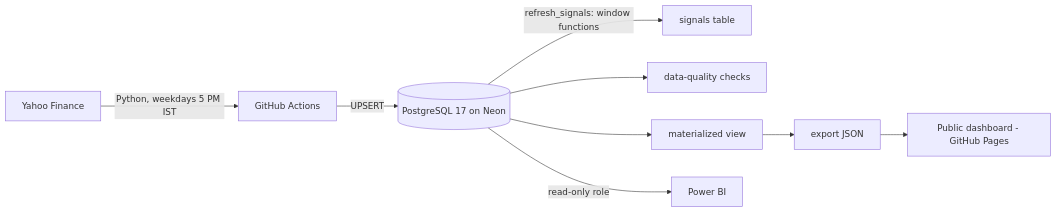
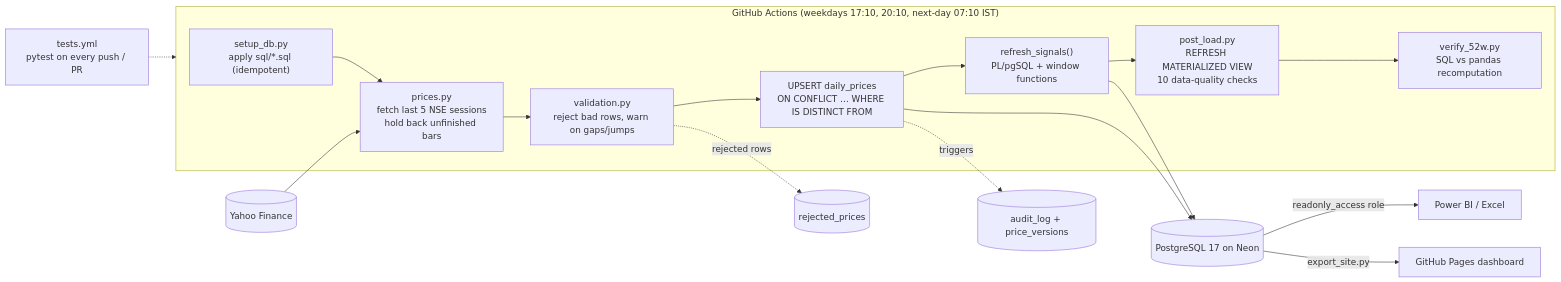
One commit to Bhavex/market-intelligence-pg changed the first of 2 diagrams in README.md. Above: the diagram before and after it, drawn with Mermaid. The commit also changed other lines of this file and 2 other files, not shown here.

First line of the commit message:
Rewrite the README and add a full schema reference

````diff
--- a/README.md
+++ b/README.md
@@ -17,11 +32,19 @@
 ```mermaid
 flowchart LR
-    Y[Yahoo Finance] -->|Python, weekdays 5 PM IST| A[GitHub Actions]
-    A -->|UPSERT| DB[(PostgreSQL 17 on Neon)]
-    DB -->|refresh_signals: window functions| S[signals table]
-    DB --> Q[data-quality checks]
-    DB --> MV[materialized view]
-    MV --> E[export JSON]
-    E --> W[Public dashboard - GitHub Pages]
-    DB -->|read-only role| P[Power BI]
+    subgraph GH["GitHub Actions (weekdays 17:10, 20:10, next-day 07:10 IST)"]
+        S0["setup_db.py<br/>apply sql/*.sql (idempotent)"] --> F["prices.py<br/>fetch last 5 NSE sessions<br/>hold back unfinished bars"]
+        F --> V["validation.py<br/>reject bad rows, warn on gaps/jumps"]
+        V --> U["UPSERT daily_prices<br/>ON CONFLICT … WHERE IS DISTINCT FROM"]
+        U --> R["refresh_signals()<br/>PL/pgSQL + window functions"]
+        R --> Q["post_load.py<br/>REFRESH MATERIALIZED VIEW<br/>10 data-quality checks"]
+        Q --> C["verify_52w.py<br/>SQL vs pandas recomputation"]
+    end
+    Y[(Yahoo Finance)] --> F
+    V -. rejected rows .-> RJ[(rejected_prices)]
+    U --> DB[(PostgreSQL 17 on Neon)]
+    R --> DB
+    U -. triggers .-> AU[(audit_log + price_versions)]
+    DB -->|readonly_access role| PBI[Power BI / Excel]
+    DB -->|export_site.py| WEB[GitHub Pages dashboard]
+    T["tests.yml<br/>pytest on every push / PR"] -.-> GH
 ```
````
